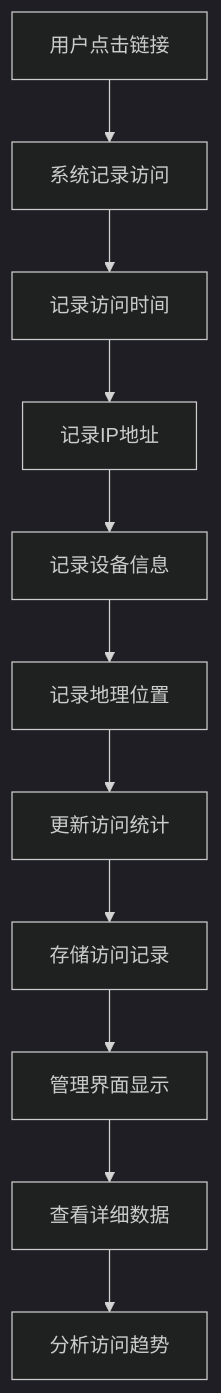
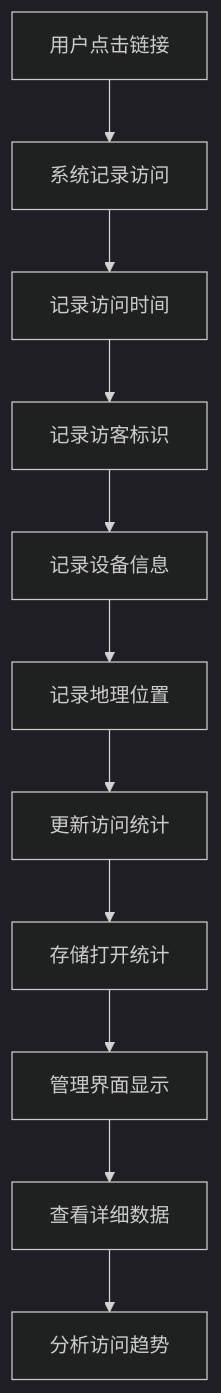
One commit to mythenigma/cloudflareAstro changed the fourth of 14 diagrams in src/content/blog/cn/maiimg-complete-workflow-guide-with-diagrams.md. Above: the diagram before and after it, drawn with Mermaid (dark theme). The commit also changed other lines of this file and 353 other files, not shown here.

````diff
--- a/src/content/blog/cn/maiimg-complete-workflow-guide-with-diagrams.md
+++ b/src/content/blog/cn/maiimg-complete-workflow-guide-with-diagrams.md
@@ -169,13 +169,13 @@
 ```mermaid
 graph TD
     A[用户点击链接] --> B[系统记录访问]
     B --> C[记录访问时间]
-    C --> D[记录IP地址]
+    C --> D[记录访客标识]
     D --> E[记录设备信息]
     E --> F[记录地理位置]
     F --> G[更新访问统计]
-    G --> H[存储访问记录]
+    G --> H[存储打开统计]
     H --> I[管理界面显示]
     I --> J[查看详细数据]
     J --> K[分析访问趋势]
 ```
````
